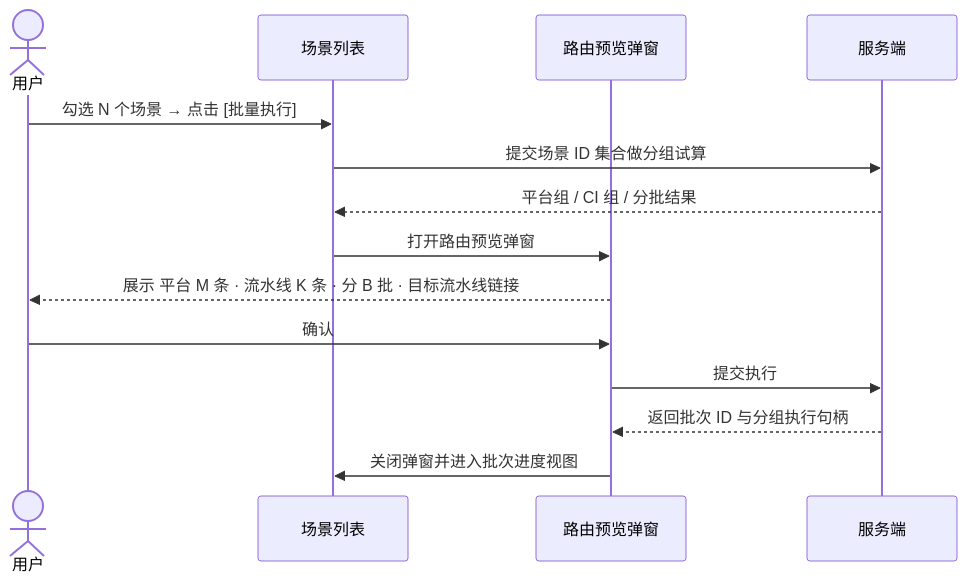
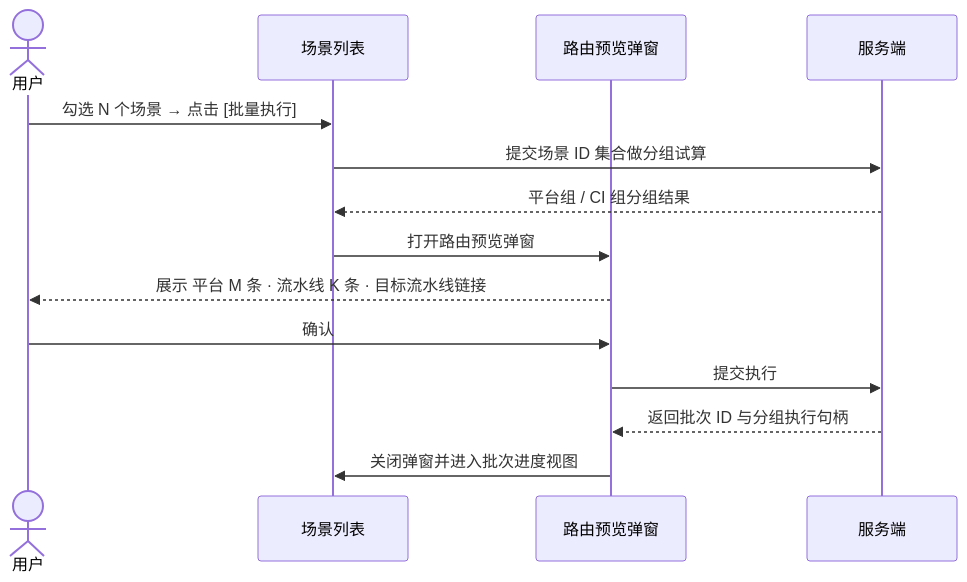
Before and after one commit to XiaoMiSum/robotest: the third of 3 diagrams in docs/05-interaction-design/05-api-testing/27-gitlab-ui-page.md, drawn with Mermaid. The commit also changed other lines of this file and 6 other files, not shown here.

````diff
--- a/docs/05-interaction-design/05-api-testing/27-gitlab-ui-page.md
+++ b/docs/05-interaction-design/05-api-testing/27-gitlab-ui-page.md
@@ -73,17 +73,17 @@
 ```mermaid
 sequenceDiagram
     actor U as 用户
     participant L as 场景列表
     participant D as 路由预览弹窗
     participant S as 服务端
 
     U->>L: 勾选 N 个场景 → 点击 [批量执行]
     L->>S: 提交场景 ID 集合做分组试算
-    S-->>L: 平台组 / CI 组 / 分批结果
+    S-->>L: 平台组 / CI 组分组结果
     L->>D: 打开路由预览弹窗
-    D-->>U: 展示 平台 M 条 · 流水线 K 条 · 分 B 批 · 目标流水线链接
+    D-->>U: 展示 平台 M 条 · 流水线 K 条 · 目标流水线链接
     U->>D: 确认
     D->>S: 提交执行
     S-->>D: 返回批次 ID 与分组执行句柄
     D->>L: 关闭弹窗并进入批次进度视图
 ```
````
